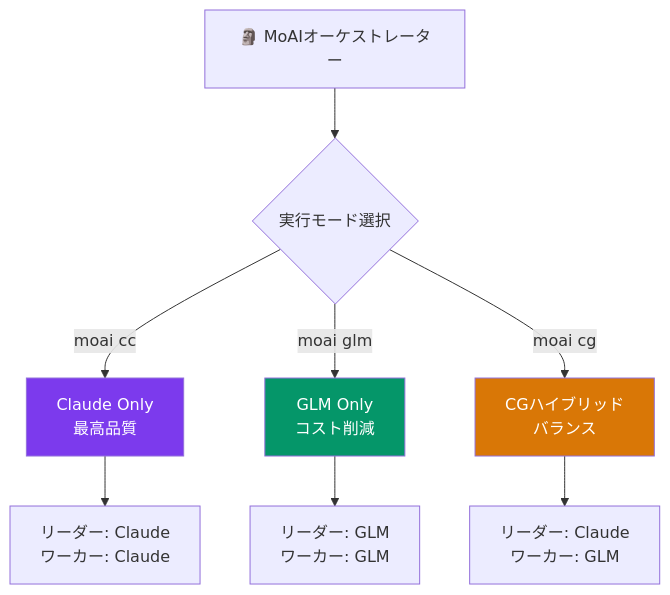
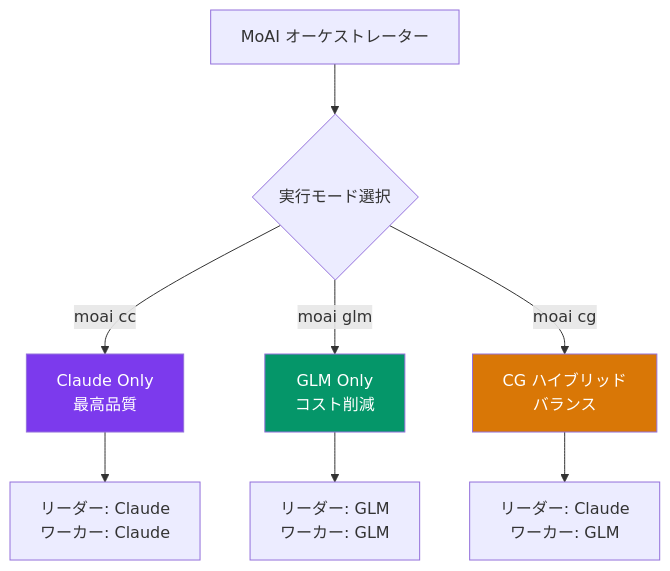
One commit to modu-ai/moai-adk changed the diagram in docs-site/content/ja/multi-llm/_index.md. Above: the diagram before and after it, drawn with Mermaid. The commit also changed other lines of this file and 395 other files, not shown here.

````diff
--- a/docs-site/content/ja/multi-llm/_index.md
+++ b/docs-site/content/ja/multi-llm/_index.md
@@ -41,15 +45,15 @@
 ```mermaid
 graph TD
-    A["🗿 MoAIオーケストレーター"] --> B{"実行モード選択"}
+    A["MoAI オーケストレーター"] --> B{"実行モード選択"}
     B -->|"moai cc"| C["Claude Only<br/>最高品質"]
     B -->|"moai glm"| D["GLM Only<br/>コスト削減"]
-    B -->|"moai cg"| E["CGハイブリッド<br/>バランス"]
+    B -->|"moai cg"| E["CG ハイブリッド<br/>バランス"]
 
     C --> F["リーダー: Claude<br/>ワーカー: Claude"]
     D --> G["リーダー: GLM<br/>ワーカー: GLM"]
     E --> H["リーダー: Claude<br/>ワーカー: GLM"]
 
     style C fill:#7C3AED,color:#fff
     style D fill:#059669,color:#fff
     style E fill:#D97706,color:#fff
 ```
````
